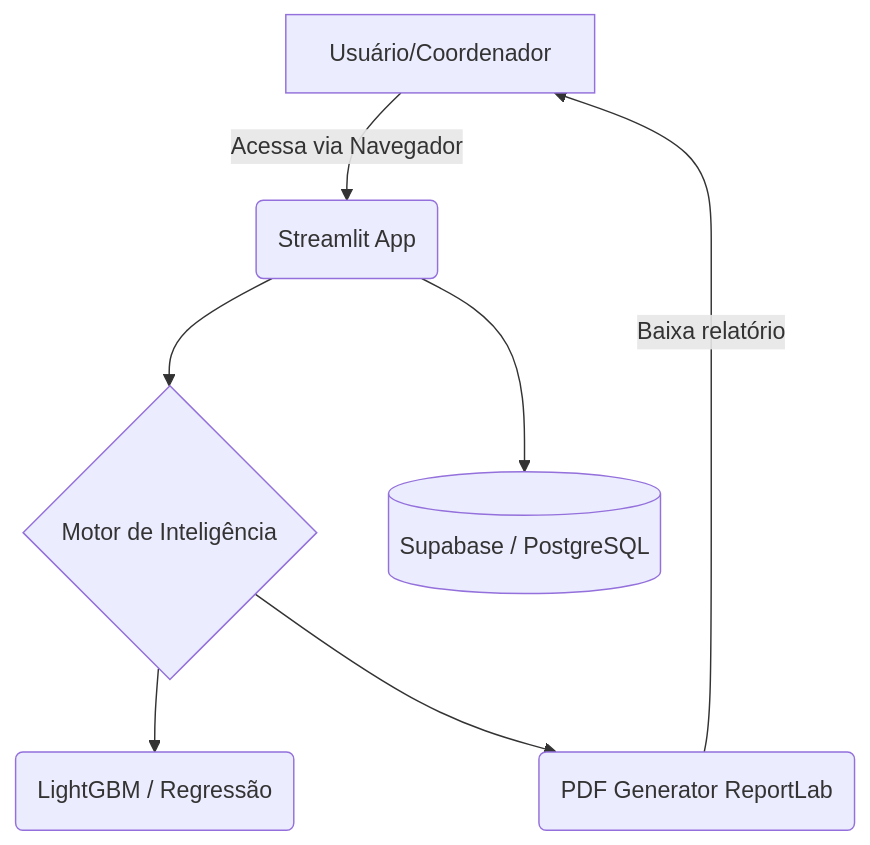
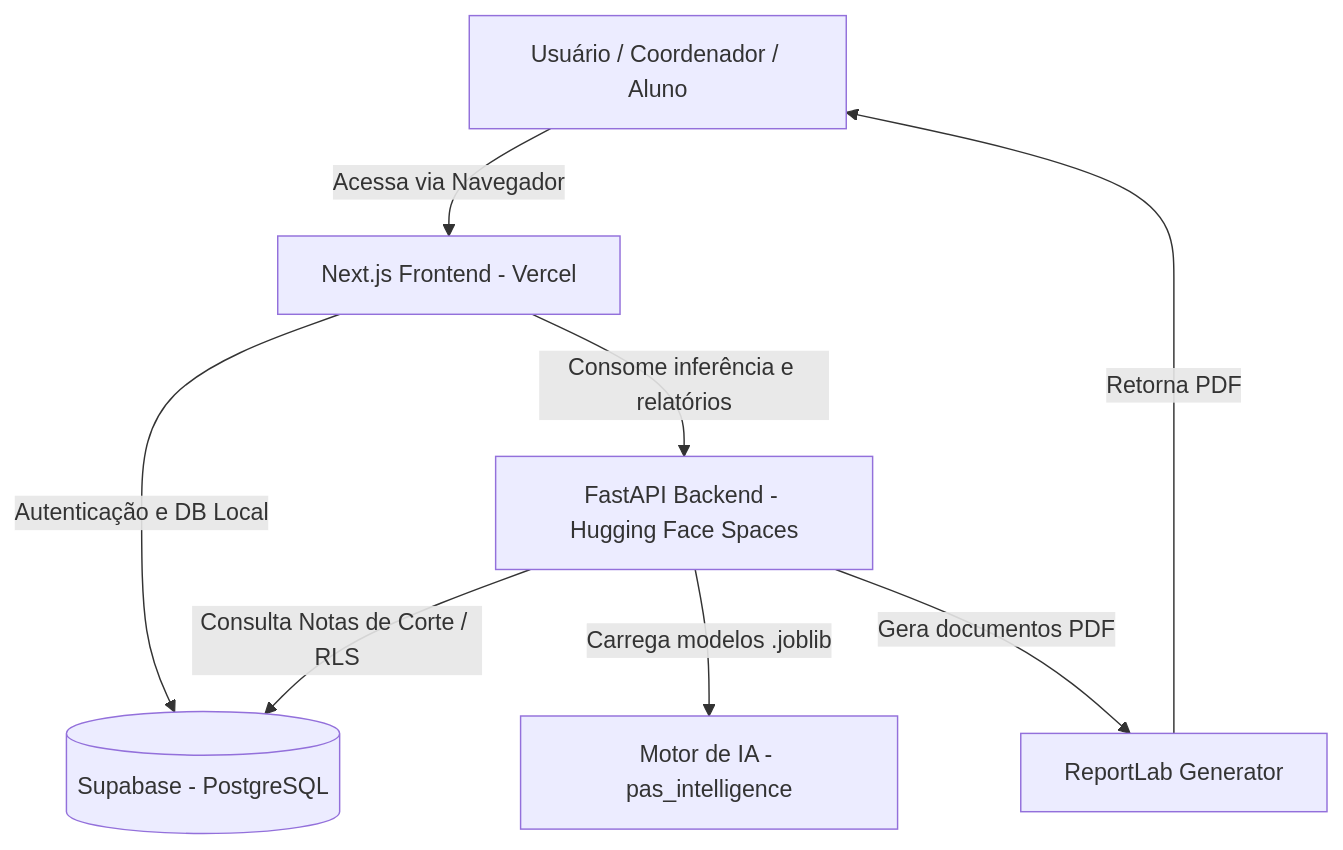
Before and after one commit to luizhtmoreira/Analise-Preditiva-PAS: the diagram in docs/architecture.md, drawn with Mermaid. The commit also changed other lines of this file and 8 other files, not shown here.

Commit message:
docs: atualiza documentacao do projeto com Next.js, FastAPI e Supabase

````diff
--- a/docs/architecture.md
+++ b/docs/architecture.md
@@ -7,9 +7,10 @@
 ```mermaid
 graph TD
-  A[Usuário/Coordenador] -->|Acessa via Navegador| B(Streamlit App)
-  B --> C{Motor de Inteligência}
-  C --> D(LightGBM / Regressão)
-  B --> E[(Supabase / PostgreSQL)]
-  C --> F(PDF Generator ReportLab)
-  F -->|Baixa relatório| A
+  User[Usuário / Coordenador / Aluno] -->|Acessa via Navegador| Next[Next.js Frontend - Vercel]
+  Next -->|Autenticação e DB Local| Supa[(Supabase - PostgreSQL)]
+  Next -->|Consome inferência e relatórios| Fast[FastAPI Backend - Hugging Face Spaces]
+  Fast -->|Carrega modelos .joblib| ML[Motor de IA - pas_intelligence]
+  Fast -->|Consulta Notas de Corte / RLS| Supa
+  Fast -->|Gera documentos PDF| RL[ReportLab Generator]
+  RL -->|Retorna PDF| User
 ```
````
